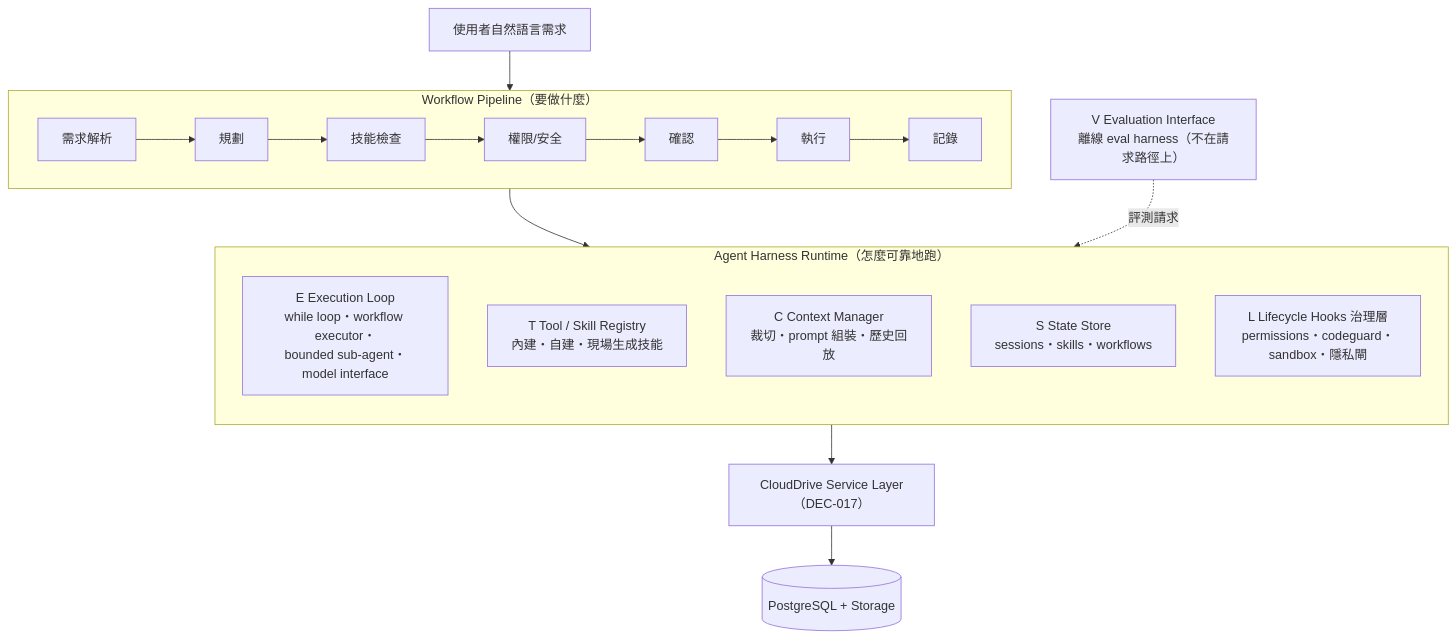
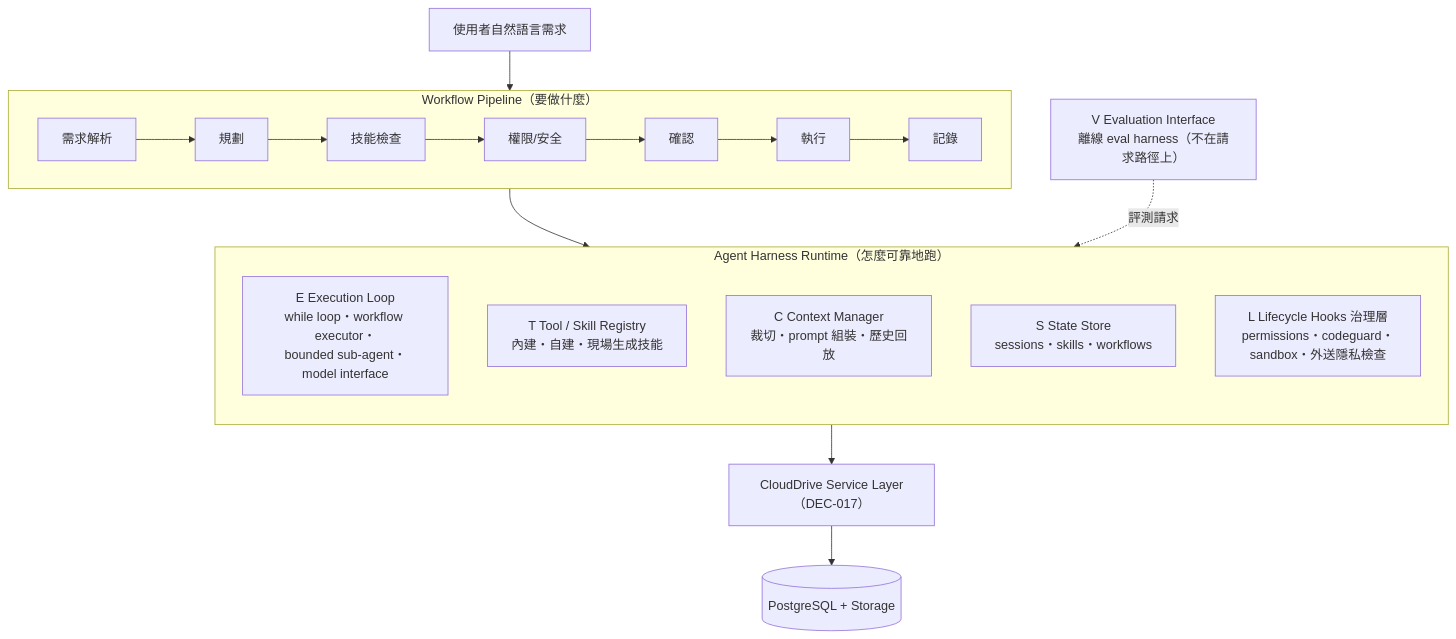
One commit to alfredshen01/CloudDrive-Personal-Notes changed the first of 2 diagrams in docs/99-報告/harness架構報告.md. Above: the diagram before and after it, drawn with Mermaid. The commit also changed other lines of this file and 1 other file, not shown here.

````diff
--- a/docs/99-報告/harness架構報告.md
+++ b/docs/99-報告/harness架構報告.md
@@ -29,20 +30,20 @@
 ```mermaid
 flowchart TB
   U["使用者自然語言需求"] --> P
   subgraph P["Workflow Pipeline（要做什麼）"]
     direction LR
     p1["需求解析"] --> p2["規劃"] --> p3["技能檢查"] --> p4["權限/安全"] --> p5["確認"] --> p6["執行"] --> p7["記錄"]
   end
   P --> R
   subgraph R["Agent Harness Runtime（怎麼可靠地跑）"]
     direction TB
     E["E Execution Loop<br/>while loop・workflow executor・<br/>bounded sub-agent・model interface"]
     T["T Tool / Skill Registry<br/>內建・自建・現場生成技能"]
     C["C Context Manager<br/>裁切・prompt 組裝・歷史回放"]
     S["S State Store<br/>sessions・skills・workflows"]
-    L["L Lifecycle Hooks 治理層<br/>permissions・codeguard・sandbox・隱私閘"]
+    L["L Lifecycle Hooks 治理層<br/>permissions・codeguard・sandbox・外送隱私檢查"]
   end
   V["V Evaluation Interface<br/>離線 eval harness（不在請求路徑上）"] -. "評測請求" .-> R
   R --> SV["CloudDrive Service Layer（DEC-017）"]
   SV --> DB[("PostgreSQL + Storage")]
 ```
````
